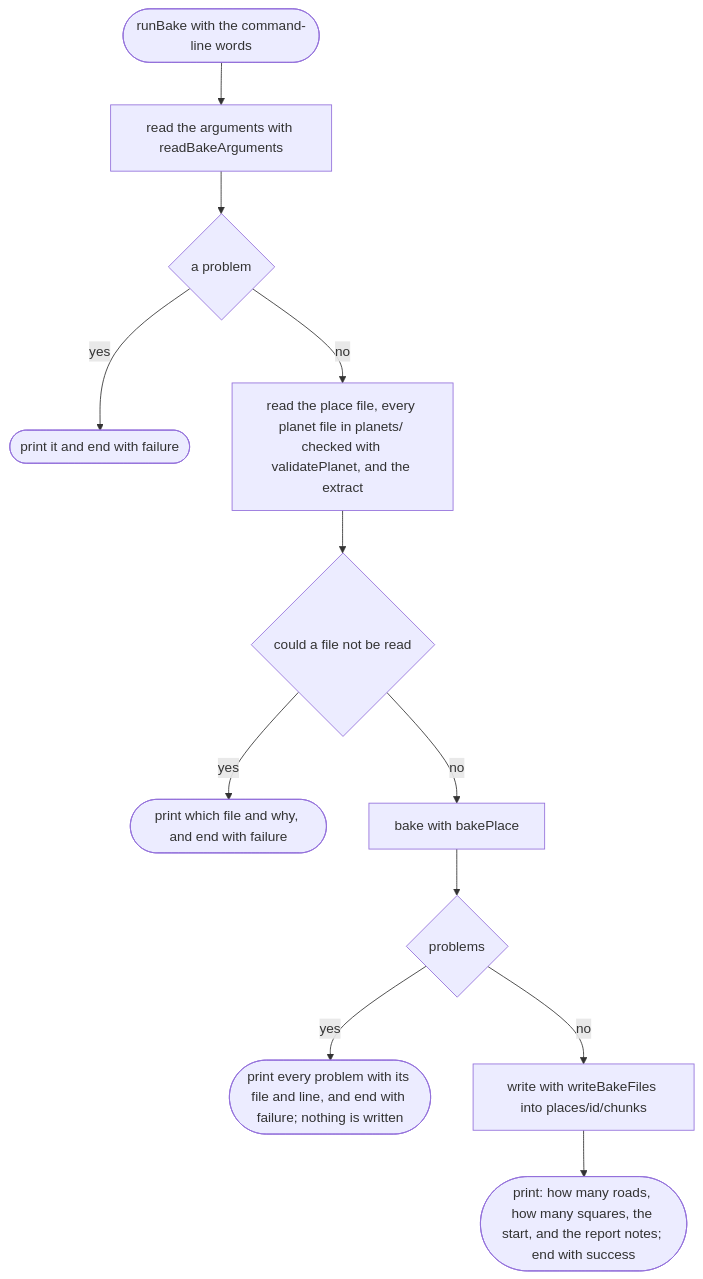
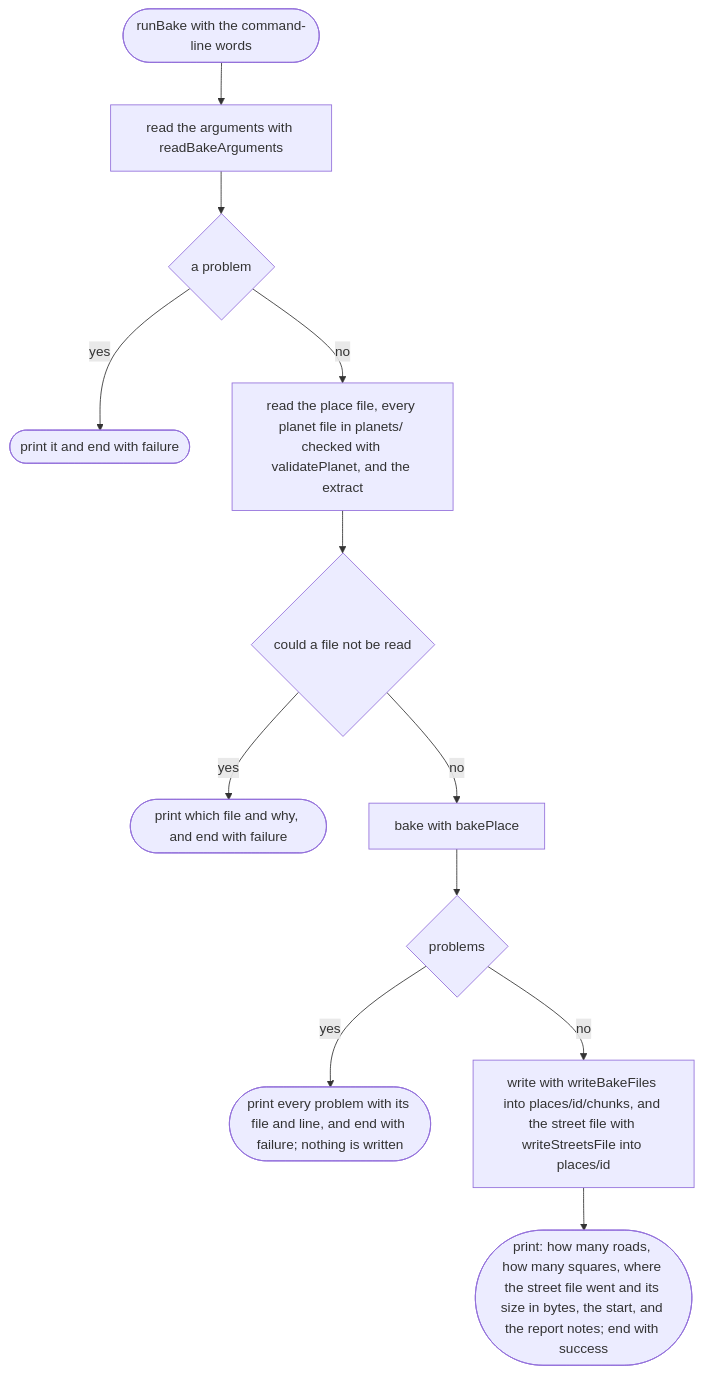
Before and after one commit to NewDara-Star/world-engine: the second of 2 diagrams in docs/designs/tools/bake/cli.md, drawn with Mermaid. The commit also changed other lines of this file and 58 other files, not shown here.

````diff
--- a/docs/designs/tools/bake/cli.md
+++ b/docs/designs/tools/bake/cli.md
@@ -40,22 +40,22 @@
 ```mermaid
 flowchart TD
   s(["runBake with the command-line words"])
   a["read the arguments with readBakeArguments"]
   b{"a problem"}
   c(["print it and end with failure"])
   d["read the place file, every planet file in planets/ checked with validatePlanet, and the extract"]
   e{"could a file not be read"}
   f(["print which file and why, and end with failure"])
   g["bake with bakePlace"]
   h{"problems"}
   i(["print every problem with its file and line, and end with failure; nothing is written"])
-  j["write with writeBakeFiles into places/id/chunks"]
-  k(["print: how many roads, how many squares, the start, and the report notes; end with success"])
+  j["write with writeBakeFiles into places/id/chunks, and the street file with writeStreetsFile into places/id"]
+  k(["print: how many roads, how many squares, where the street file went and its size in bytes, the start, and the report notes; end with success"])
   s --> a --> b
   b -->|"yes"| c
   b -->|"no"| d --> e
   e -->|"yes"| f
   e -->|"no"| g --> h
   h -->|"yes"| i
   h -->|"no"| j --> k
 ```
````
